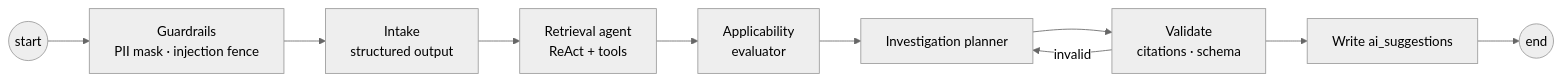
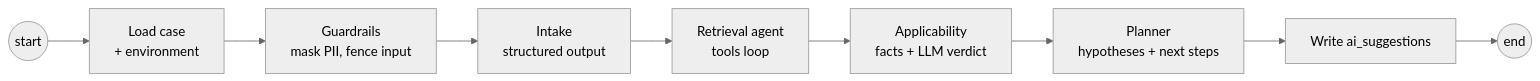
The seventh of 10 diagrams in docs/02-product-implementation.md (Maithiliii/viamedici-solution-platform), drawn with Mermaid (neutral theme) before and after one commit. The commit also changed other lines of this file and 2 other files, not shown here.

````diff
--- a/docs/02-product-implementation.md
+++ b/docs/02-product-implementation.md
@@ -498,12 +502,11 @@
 ```mermaid
 flowchart LR
-    S((start)) --> G0[Guardrails<br/>PII mask · injection fence]
+    S((start)) --> L[Load case<br/>+ environment]
+    L --> G0[Guardrails<br/>mask PII, fence input]
     G0 --> I[Intake<br/>structured output]
-    I --> R[Retrieval agent<br/>ReAct + tools]
-    R --> A[Applicability<br/>evaluator]
-    A --> P[Investigation planner]
-    P --> V[Validate<br/>citations · schema]
-    V -->|invalid| P
-    V --> W[Write ai_suggestions]
+    I --> R[Retrieval agent<br/>tools loop]
+    R --> A[Applicability<br/>facts + LLM verdict]
+    A --> P[Planner<br/>hypotheses + next steps]
+    P --> W[Write ai_suggestions]
     W --> X((end))
 ```
````
